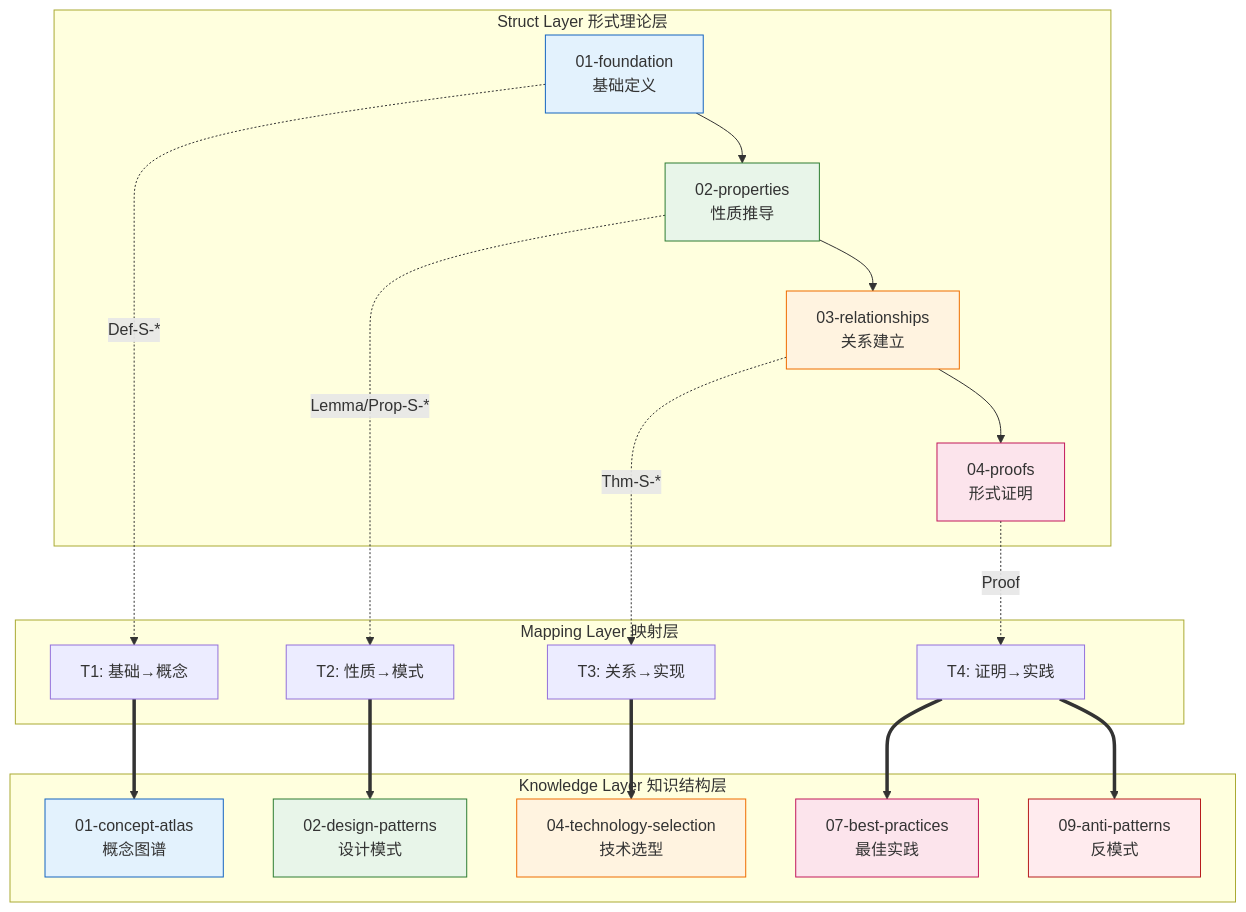
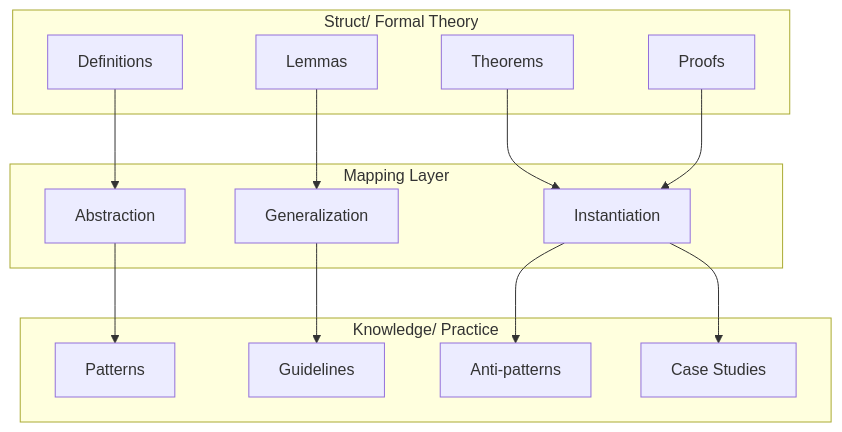
Before and after one commit to AdaMartin18010/AnalysisDataFlow: the first of 3 diagrams in i18n/en/Struct/Struct-to-Knowledge-Mapping.md, drawn with Mermaid. The commit also changed other lines of this file and 210 other files, not shown here.

````diff
--- a/i18n/en/Struct/Struct-to-Knowledge-Mapping.md
+++ b/i18n/en/Struct/Struct-to-Knowledge-Mapping.md
@@ -167,49 +37,32 @@
 ```mermaid
 graph TB
-    subgraph "Struct Layer 形式理论层"
-        S1[01-foundation<br/>基础定义]
-        S2[02-properties<br/>性质推导]
-        S3[03-relationships<br/>关系建立]
-        S4[04-proofs<br/>形式证明]
-
-        S1 --> S2
-        S2 --> S3
-        S3 --> S4
+    subgraph "Struct/ Formal Theory"
+        S1[Definitions]
+        S2[Lemmas]
+        S3[Theorems]
+        S4[Proofs]
     end
 
-    subgraph "Mapping Layer 映射层"
-        M1["T1: 基础→概念"]
-        M2["T2: 性质→模式"]
-        M3["T3: 关系→实现"]
-        M4["T4: 证明→实践"]
+    subgraph "Mapping Layer"
+        M1[Abstraction]
+        M2[Generalization]
+        M3[Instantiation]
     end
 
-    subgraph "Knowledge Layer 知识结构层"
-        K1[01-concept-atlas<br/>概念图谱]
-        K2[02-design-patterns<br/>设计模式]
-        K3[04-technology-selection<br/>技术选型]
-        K4[07-best-practices<br/>最佳实践]
-        K5[09-anti-patterns<br/>反模式]
+    subgraph "Knowledge/ Practice"
+        K1[Patterns]
+        K2[Guidelines]
+        K3[Anti-patterns]
+        K4[Case Studies]
     end
 
-    S1 -.->|Def-S-*| M1
-    S2 -.->|Lemma/Prop-S-*| M2
-    S3 -.->|Thm-S-*| M3
-    S4 -.->|Proof| M4
+    S1 --> M1
+    S2 --> M2
+    S3 --> M3
+    S4 --> M3
 
-    M1 ==> K1
-    M2 ==> K2
-    M3 ==> K3
-    M4 ==> K4
-    M4 ==> K5
-
-    style S1 fill:#e3f2fd,stroke:#1565c0
-    style S2 fill:#e8f5e9,stroke:#2e7d32
-    style S3 fill:#fff3e0,stroke:#ef6c00
-    style S4 fill:#fce4ec,stroke:#c2185b
-    style K1 fill:#e3f2fd,stroke:#1565c0
-    style K2 fill:#e8f5e9,stroke:#2e7d32
-    style K3 fill:#fff3e0,stroke:#ef6c00
-    style K4 fill:#fce4ec,stroke:#c2185b
-    style K5 fill:#ffebee,stroke:#b71c1c
+    M1 --> K1
+    M2 --> K2
+    M3 --> K3
+    M3 --> K4
 ```
````
